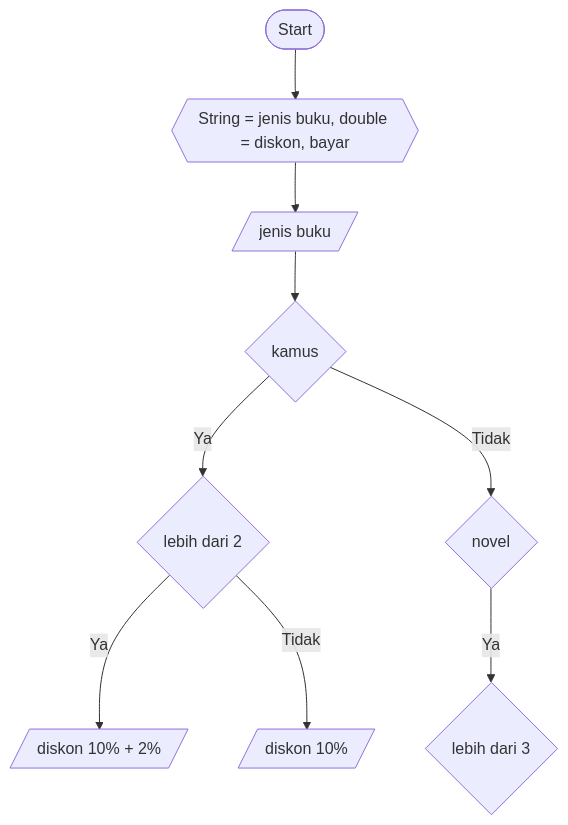
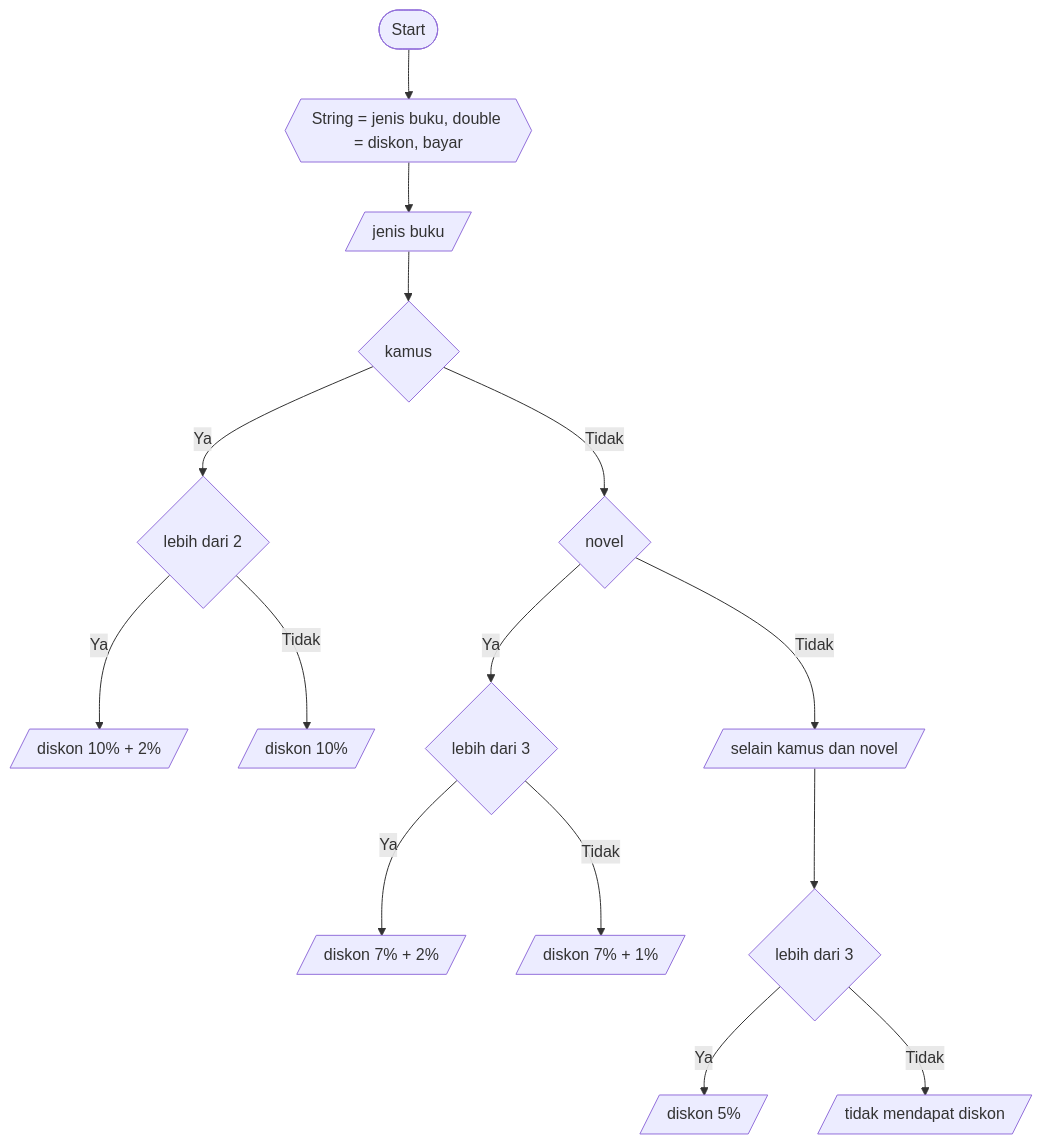
One commit to SATRIODIANNUGROHO/Sample2.1 changed the diagram in justforfun6.md. Above: the diagram before and after it, drawn with Mermaid.

````diff
--- a/justforfun6.md
+++ b/justforfun6.md
@@ -3,12 +3,17 @@
 ```mermaid
 flowchart TD;
 1([Start])-->2{{String = jenis buku, double = diskon, bayar}};
 2{{String = jenis buku, double = diskon, bayar}}-->3[/jenis buku/];
 3[/jenis buku/]-->4{kamus};
 4{kamus}-->|Ya|5{lebih dari 2};
 5{lebih dari 2}-->|Ya|6[/diskon 10% + 2%/];
 5{lebih dari 2}-->|Tidak|7[/diskon 10%/];
 4{kamus}-->|Tidak|8{novel};
 8{novel}-->|Ya|9{lebih dari 3};
-9{lebih dari 3}
+9{lebih dari 3}-->|Ya|10[/diskon 7% + 2%/];
+9{lebih dari 3}-->|Tidak|11[/diskon 7% + 1%/];
+8{novel}-->|Tidak|12[/selain kamus dan novel/];
+12[/selain kamus dan novel/]-->13{lebih dari 3};
+13{lebih dari 3}-->|Ya|14[/diskon 5%/];
+13{lebih dari 3}-->|Tidak|15[/tidak mendapat diskon/];
 ```
````
